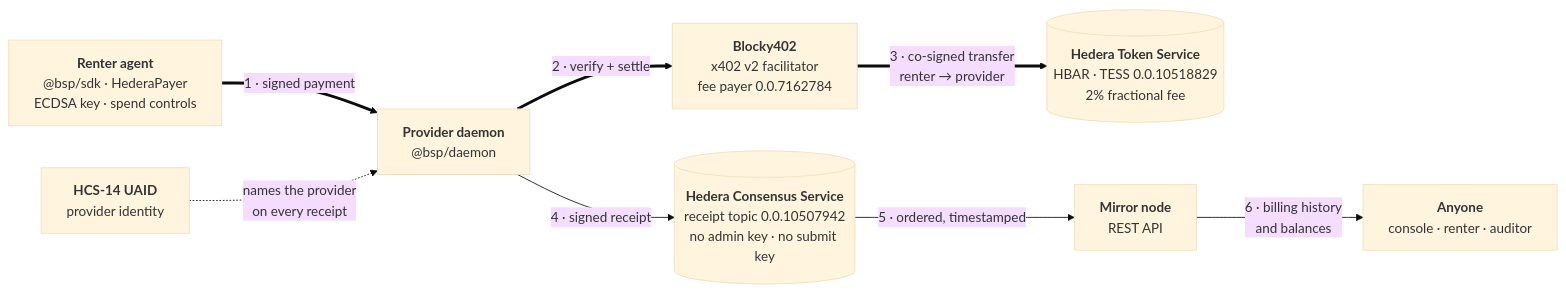
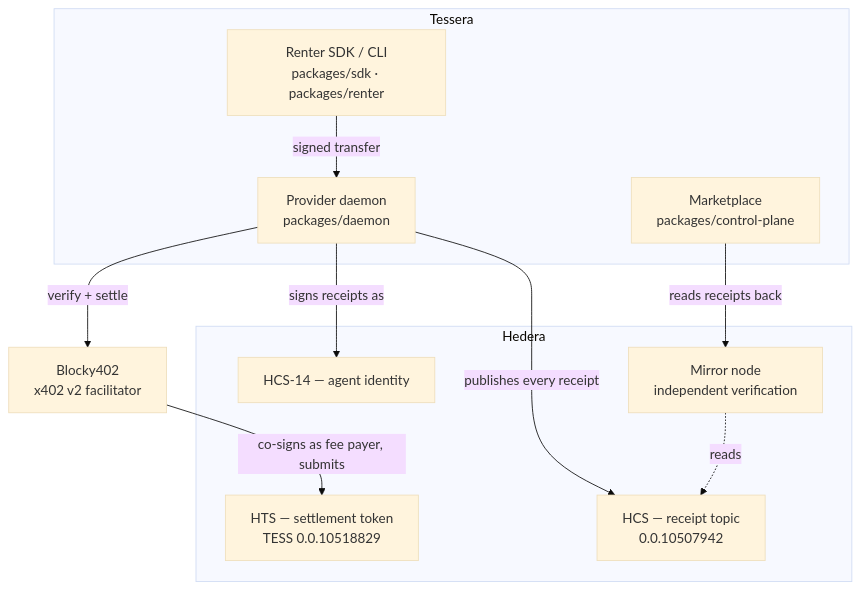
The third of 4 diagrams in README.md (princepanwar2k3/Tessera), drawn with Mermaid (base theme) before and after one commit. The commit also changed other lines of this file, not shown here.

````diff
--- a/README.md
+++ b/README.md
@@ -256,19 +203,25 @@
 ```mermaid
-flowchart LR
-    SDK["<b>Renter agent</b><br/>@bsp/sdk · HederaPayer<br/>ECDSA key · spend controls"]
-    D["<b>Provider daemon</b><br/>@bsp/daemon"]
-    FAC["<b>Blocky402</b><br/>x402 v2 facilitator<br/>fee payer 0.0.7162784"]
-    HTS[("<b>Hedera Token Service</b><br/>HBAR · TESS 0.0.10518829<br/>2% fractional fee")]
-    HCS[("<b>Hedera Consensus Service</b><br/>receipt topic 0.0.10507942<br/>no admin key · no submit key")]
-    MN["<b>Mirror node</b><br/>REST API"]
-    ID["<b>HCS-14 UAID</b><br/>provider identity"]
-    AUD["<b>Anyone</b><br/>console · renter · auditor"]
+flowchart TB
+    subgraph app["Tessera"]
+        D["Provider daemon<br/>packages/daemon"]
+        S["Renter SDK / CLI<br/>packages/sdk · packages/renter"]
+        C["Marketplace<br/>packages/control-plane"]
+    end
 
-    SDK == "1 · signed payment" ==> D
-    D == "2 · verify + settle" ==> FAC
-    FAC == "3 · co-signed transfer<br/>renter → provider" ==> HTS
-    D -- "4 · signed receipt" --> HCS
-    HCS -- "5 · ordered, timestamped" --> MN
-    MN -- "6 · billing history<br/>and balances" --> AUD
-    ID -. "names the provider<br/>on every receipt" .-> D
+    subgraph hedera["Hedera"]
+        HTS["HTS — settlement token<br/>TESS 0.0.10518829"]
+        HCS["HCS — receipt topic<br/>0.0.10507942"]
+        UAID["HCS-14 — agent identity"]
+        MIRROR["Mirror node<br/>independent verification"]
+    end
+
+    F["Blocky402<br/>x402 v2 facilitator"]
+
+    S -- "signed transfer" --> D
+    D -- "verify + settle" --> F
+    F -- "co-signs as fee payer, submits" --> HTS
+    D -- "publishes every receipt" --> HCS
+    D -- "signs receipts as" --> UAID
+    C -- "reads receipts back" --> MIRROR
+    MIRROR -. "reads" .-> HCS
 ```
````
